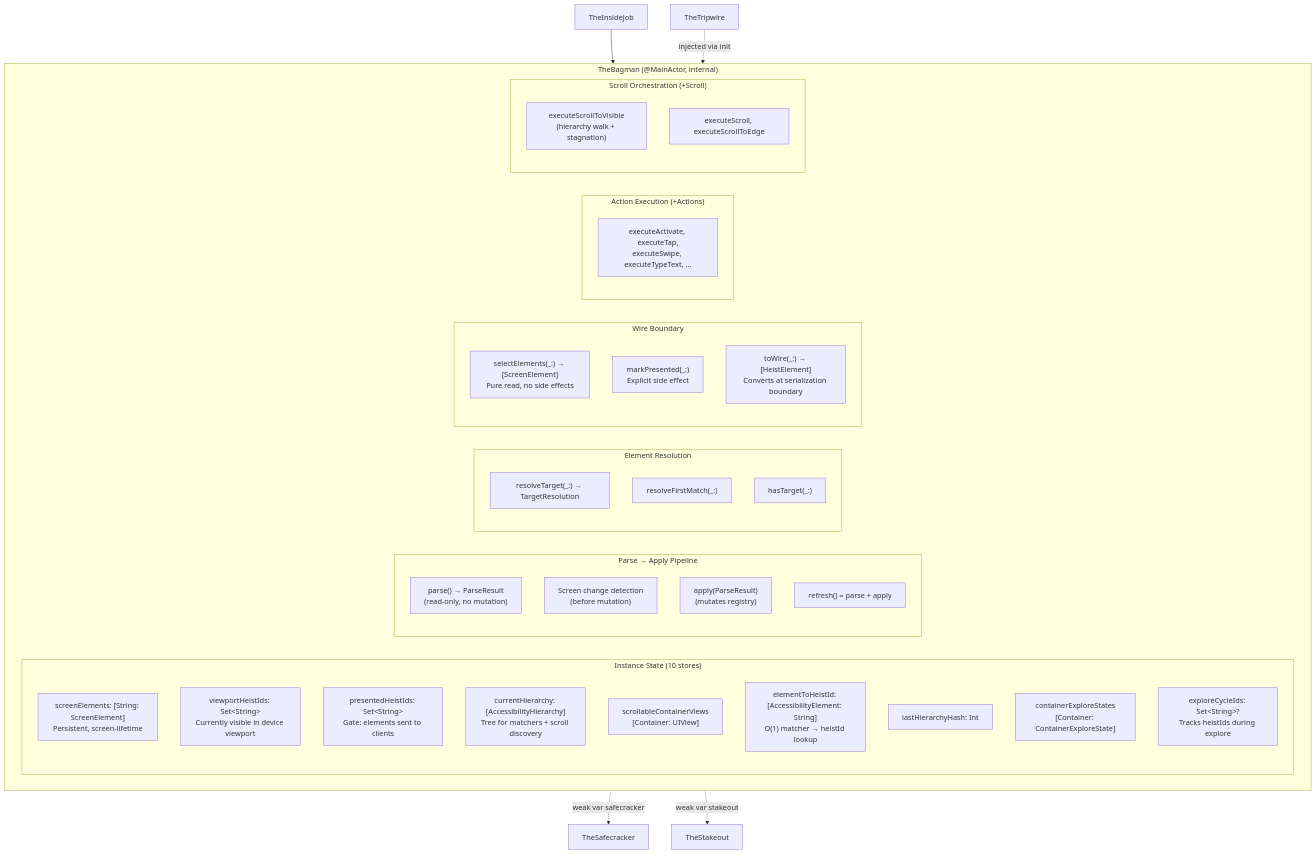
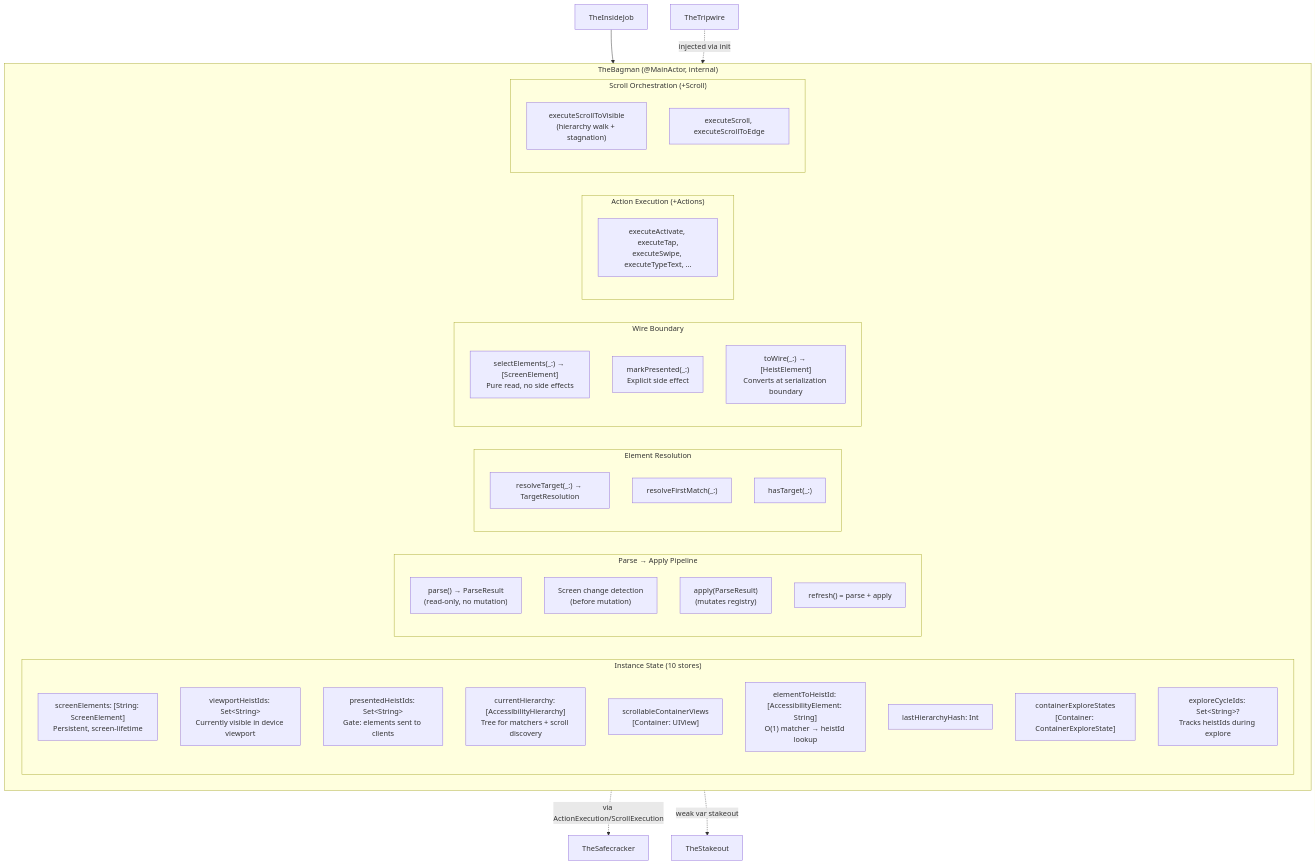
One commit to RoyalPineapple/TheButtonHeist changed the second of 7 diagrams in docs/dossiers/13-THEBAGMAN.md. Above: the diagram before and after it, drawn with Mermaid. The commit also changed other lines of this file and 19 other files, not shown here.

````diff
--- a/docs/dossiers/13-THEBAGMAN.md
+++ b/docs/dossiers/13-THEBAGMAN.md
@@ -66,49 +66,49 @@
 ```mermaid
 graph TD
     subgraph TheBagman["TheBagman (@MainActor, internal)"]
         subgraph Stores["Instance State (10 stores)"]
             Registry["screenElements: [String: ScreenElement]<br/>Persistent, screen-lifetime"]
             Viewport["viewportHeistIds: Set&lt;String&gt;<br/>Currently visible in device viewport"]
             Presented["presentedHeistIds: Set&lt;String&gt;<br/>Gate: elements sent to clients"]
             Hierarchy["currentHierarchy: [AccessibilityHierarchy]<br/>Tree for matchers + scroll discovery"]
             ScrollViews["scrollableContainerViews<br/>[Container: UIView]"]
             ReverseIdx["elementToHeistId: [AccessibilityElement: String]<br/>O(1) matcher → heistId lookup"]
             Hash["lastHierarchyHash: Int"]
             ContainerCache["containerExploreStates<br/>[Container: ContainerExploreState]"]
             ExploreCycle["exploreCycleIds: Set&lt;String&gt;?<br/>Tracks heistIds during explore"]
         end
 
         subgraph Pipeline["Parse → Apply Pipeline"]
             Parse["parse() → ParseResult<br/>(read-only, no mutation)"]
             Detect["Screen change detection<br/>(before mutation)"]
             Apply["apply(ParseResult)<br/>(mutates registry)"]
             Refresh["refresh() = parse + apply"]
         end
 
         subgraph Resolution["Element Resolution"]
             ResolveTarget["resolveTarget(_:) → TargetResolution"]
             ResolveFirstMatch["resolveFirstMatch(_:)"]
             HasTarget["hasTarget(_:)"]
         end
 
         subgraph Wire["Wire Boundary"]
             Select["selectElements(_:) → [ScreenElement]<br/>Pure read, no side effects"]
             Mark["markPresented(_:)<br/>Explicit side effect"]
             ToWire["toWire(_:) → [HeistElement]<br/>Converts at serialization boundary"]
         end
 
         subgraph Actions["Action Execution (+Actions)"]
             Activate["executeActivate, executeTap,<br/>executeSwipe, executeTypeText, ..."]
         end
 
         subgraph Scrolling["Scroll Orchestration (+Scroll)"]
             ScrollVis["executeScrollToVisible<br/>(hierarchy walk + stagnation)"]
             ScrollCmd["executeScroll, executeScrollToEdge"]
         end
     end
 
     TheInsideJob["TheInsideJob"] --> TheBagman
     TheTripwire["TheTripwire"] -.->|injected via init| TheBagman
-    TheBagman -.->|"weak var safecracker"| TheSafecracker["TheSafecracker"]
+    TheBagman -.->|"via ActionExecution/ScrollExecution"| TheSafecracker["TheSafecracker"]
     TheBagman -.->|"weak var stakeout"| TheStakeout["TheStakeout"]
 ```
````
